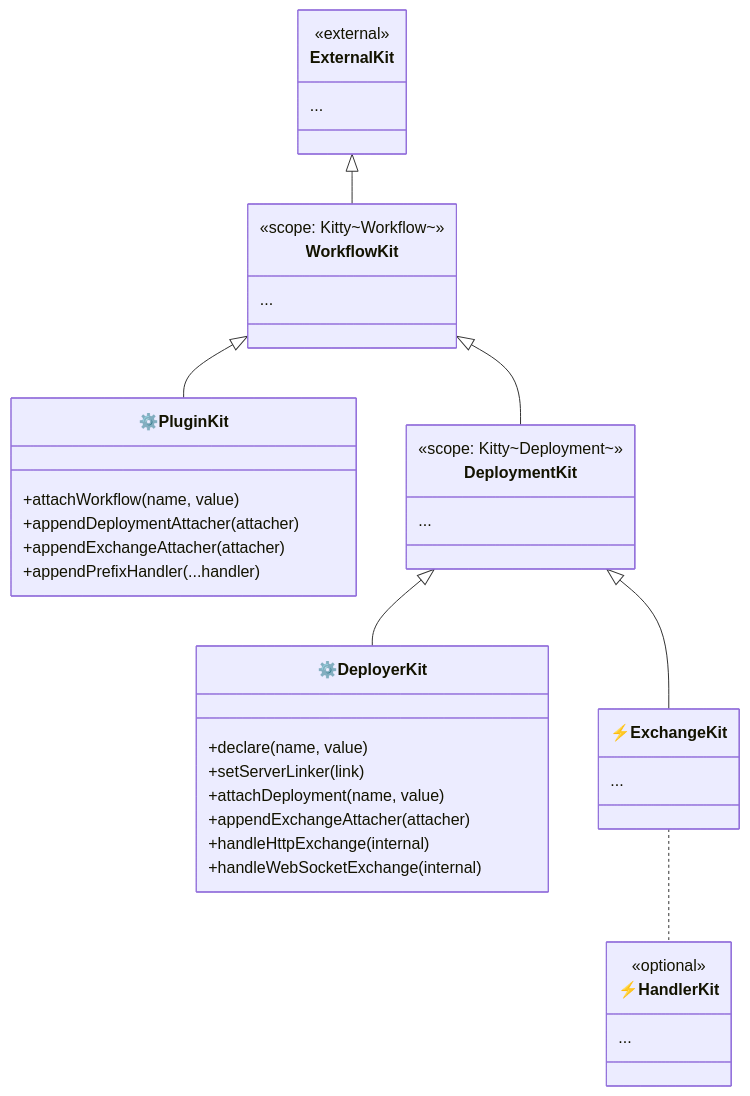
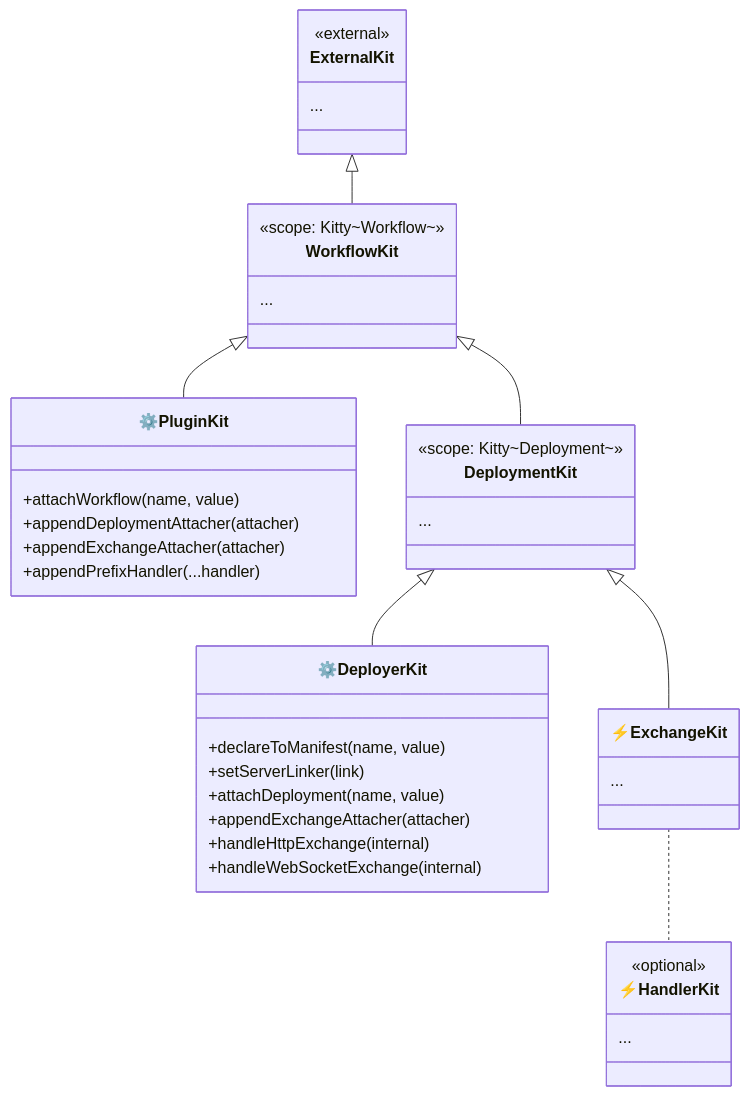
Before and after one commit to produck/kitty: the diagram in packages/workflow/DESIGN.md, drawn with Mermaid. The commit also changed other lines of this file and 10 other files, not shown here.

````diff
--- a/packages/workflow/DESIGN.md
+++ b/packages/workflow/DESIGN.md
@@ -219,43 +219,43 @@
 ```mermaid
 classDiagram
   class ExternalKit {
     <<external>>
     ...
   }
   class WorkflowKit {
     <<scope: Kitty~Workflow~>>
     ...
   }
   class PluginKit["⚙️PluginKit"] {
     +attachWorkflow(name, value)
     +appendDeploymentAttacher(attacher)
     +appendExchangeAttacher(attacher)
     +appendPrefixHandler(...handler)
   }
   class DeploymentKit {
     <<scope: Kitty~Deployment~>>
     ...
   }
   class DeployerKit["⚙️DeployerKit"] {
-    +declare(name, value)
+    +declareToManifest(name, value)
     +setServerLinker(link)
     +attachDeployment(name, value)
     +appendExchangeAttacher(attacher)
     +handleHttpExchange(internal)
     +handleWebSocketExchange(internal)
   }
   class ExchangeKit["⚡ExchangeKit"] {
     ...
   }
   class HandlerKit["⚡HandlerKit"] {
     <<optional>>
     ...
   }
 
   ExternalKit <|-- WorkflowKit
   WorkflowKit <|-- PluginKit
   WorkflowKit <|-- DeploymentKit
   DeploymentKit <|-- ExchangeKit
   DeploymentKit <|-- DeployerKit
   ExchangeKit .. HandlerKit
 ```
````
